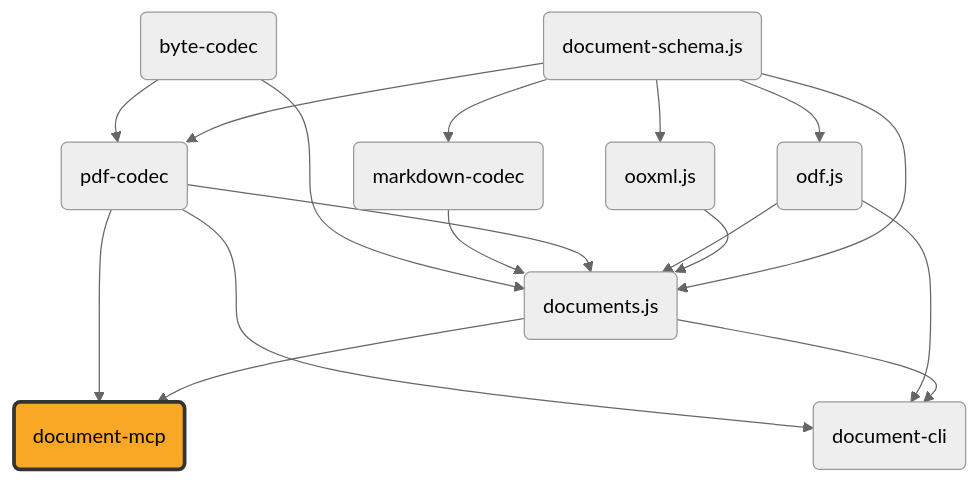
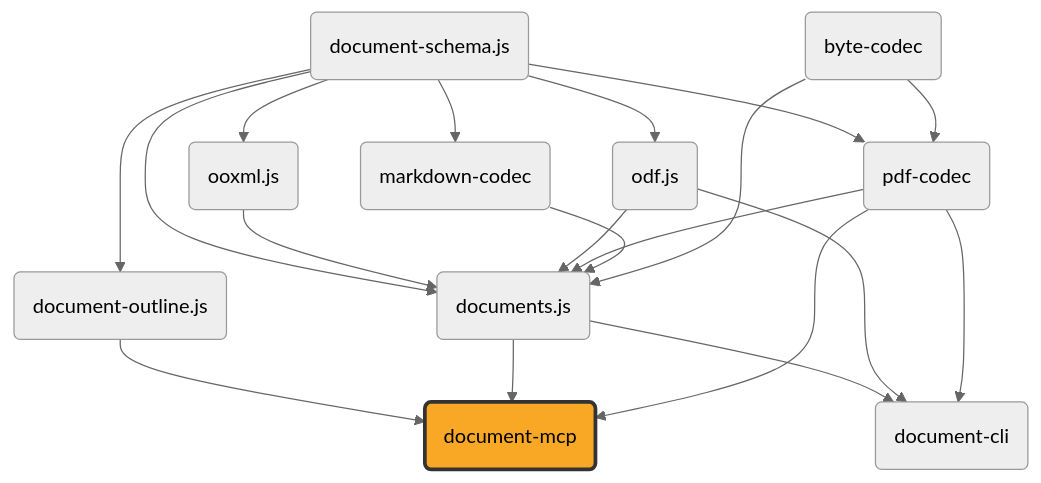
Before and after one commit to ExaDev/documents.js: the diagram in packages/document-mcp/README.md, drawn with Mermaid (neutral theme). The commit also changed other lines of this file and 4 other files, not shown here.

````diff
--- a/packages/document-mcp/README.md
+++ b/packages/document-mcp/README.md
@@ -9,41 +9,45 @@
 ```mermaid
 graph TD
     schema("document-schema.js")
     ooxml("ooxml.js")
     odf("odf.js")
     pdfcodec("pdf-codec")
     mdcodec("markdown-codec")
     bytecodec("byte-codec")
     documents("documents.js")
+    outline("document-outline.js")
     mcp("document-mcp")
     cli("document-cli")
 
+    schema --> outline
+    outline --> mcp
     schema --> ooxml
     schema --> odf
     schema --> pdfcodec
     schema --> mdcodec
     schema --> documents
     ooxml --> documents
     odf --> documents
     pdfcodec --> documents
     mdcodec --> documents
     bytecodec --> pdfcodec
     bytecodec --> documents
     documents --> mcp
     pdfcodec --> mcp
     documents --> cli
     odf --> cli
     pdfcodec --> cli
 
     click schema "https://github.com/ExaDev/document-schema.js" "document-schema.js"
     click ooxml "https://github.com/ExaDev/ooxml.js" "ooxml.js"
     click odf "https://github.com/ExaDev/odf.js" "odf.js"
     click pdfcodec "https://github.com/ExaDev/pdf-codec" "pdf-codec"
     click mdcodec "https://github.com/ExaDev/markdown-codec" "markdown-codec"
     click bytecodec "https://github.com/ExaDev/byte-codec" "byte-codec"
     click documents "https://github.com/ExaDev/documents.js" "documents.js"
+    click outline "https://github.com/ExaDev/document-outline.js" "document-outline.js"
     click mcp "https://github.com/ExaDev/document-mcp" "document-mcp"
     click cli "https://github.com/ExaDev/document-cli" "document-cli"
 
     style mcp fill:#f9a825,stroke:#333,stroke-width:3px
 ```
````
